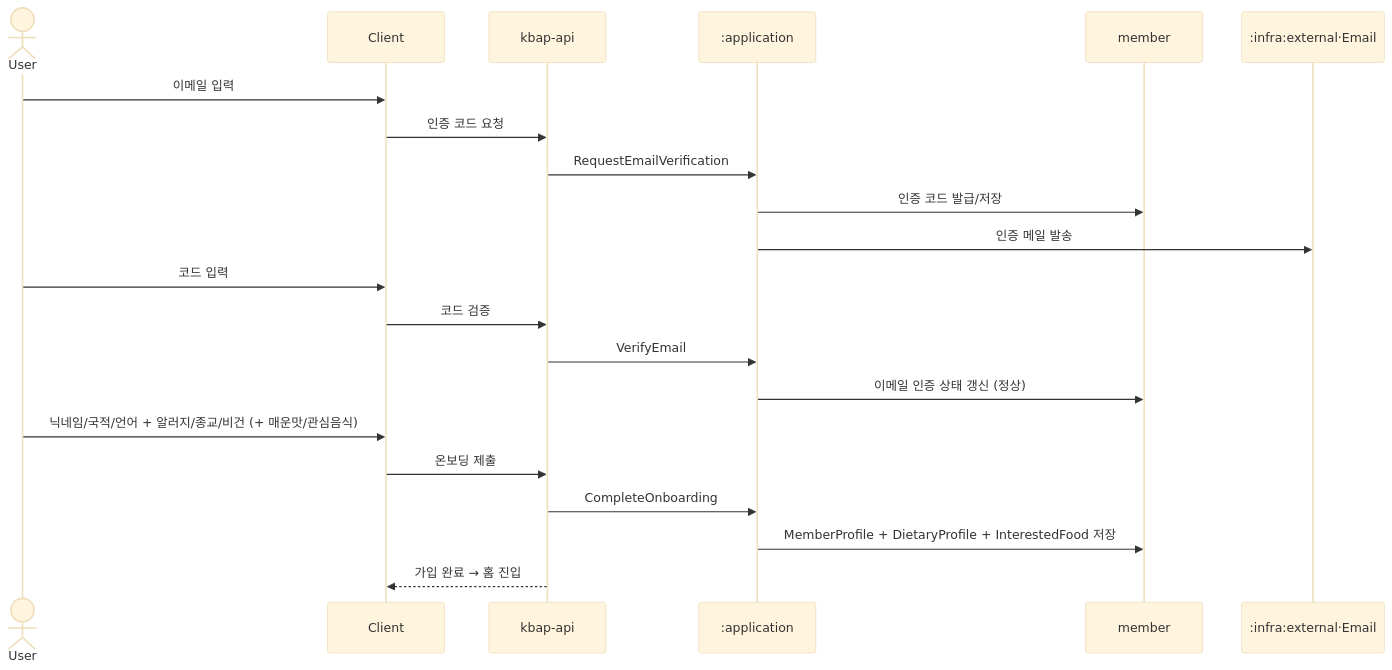
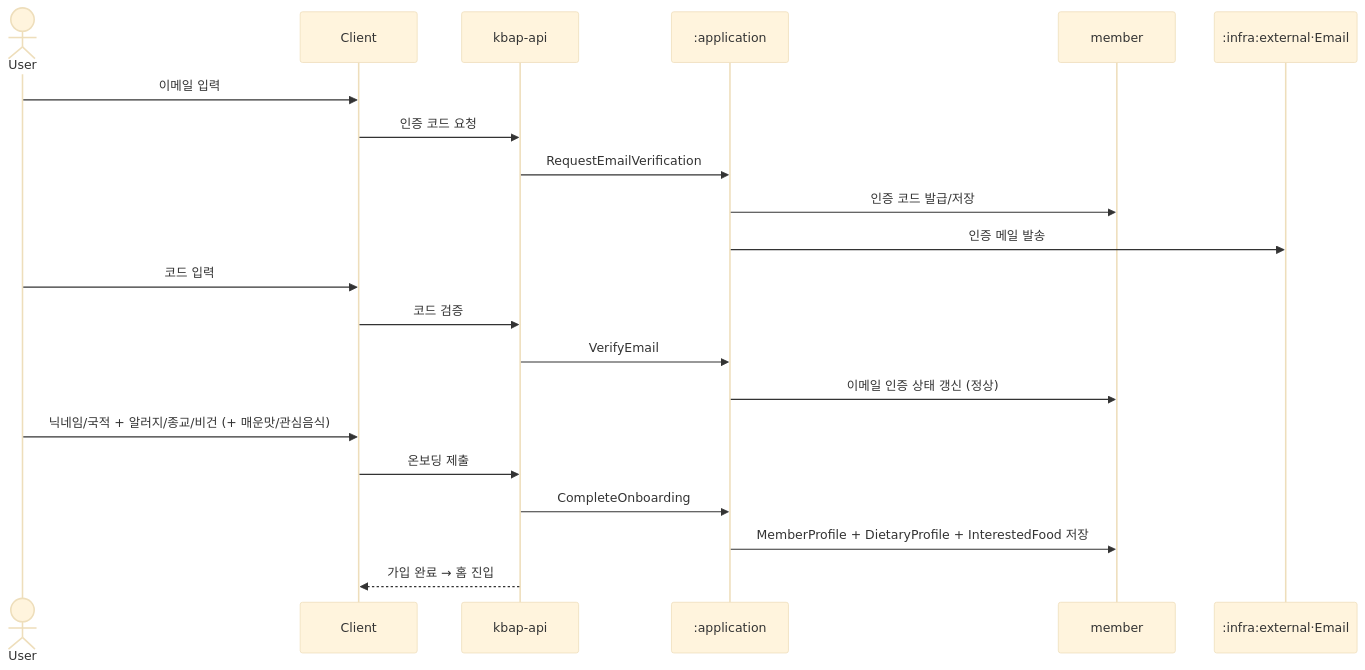
Before and after one commit to team-skyjs/kbap-server: the fifth of 7 diagrams in docs/architecture/use-case-flows.md, drawn with Mermaid (base theme). The commit also changed 27 other files, not shown here.

````diff
--- a/docs/architecture/use-case-flows.md
+++ b/docs/architecture/use-case-flows.md
@@ -196,25 +196,25 @@
 ```mermaid
 sequenceDiagram
     actor User
     participant Client
     participant API as kbap-api
     participant App as :application
     participant Member as member
     participant Email as :infra:external·Email
 
     User->>Client: 이메일 입력
     Client->>API: 인증 코드 요청
     API->>App: RequestEmailVerification
     App->>Member: 인증 코드 발급/저장
     App->>Email: 인증 메일 발송
     User->>Client: 코드 입력
     Client->>API: 코드 검증
     API->>App: VerifyEmail
     App->>Member: 이메일 인증 상태 갱신 (정상)
 
-    User->>Client: 닉네임/국적/언어 + 알러지/종교/비건 (+ 매운맛/관심음식)
+    User->>Client: 닉네임/국적 + 알러지/종교/비건 (+ 매운맛/관심음식)
     Client->>API: 온보딩 제출
     API->>App: CompleteOnboarding
     App->>Member: MemberProfile + DietaryProfile + InterestedFood 저장
     API-->>Client: 가입 완료 → 홈 진입
 ```
````
